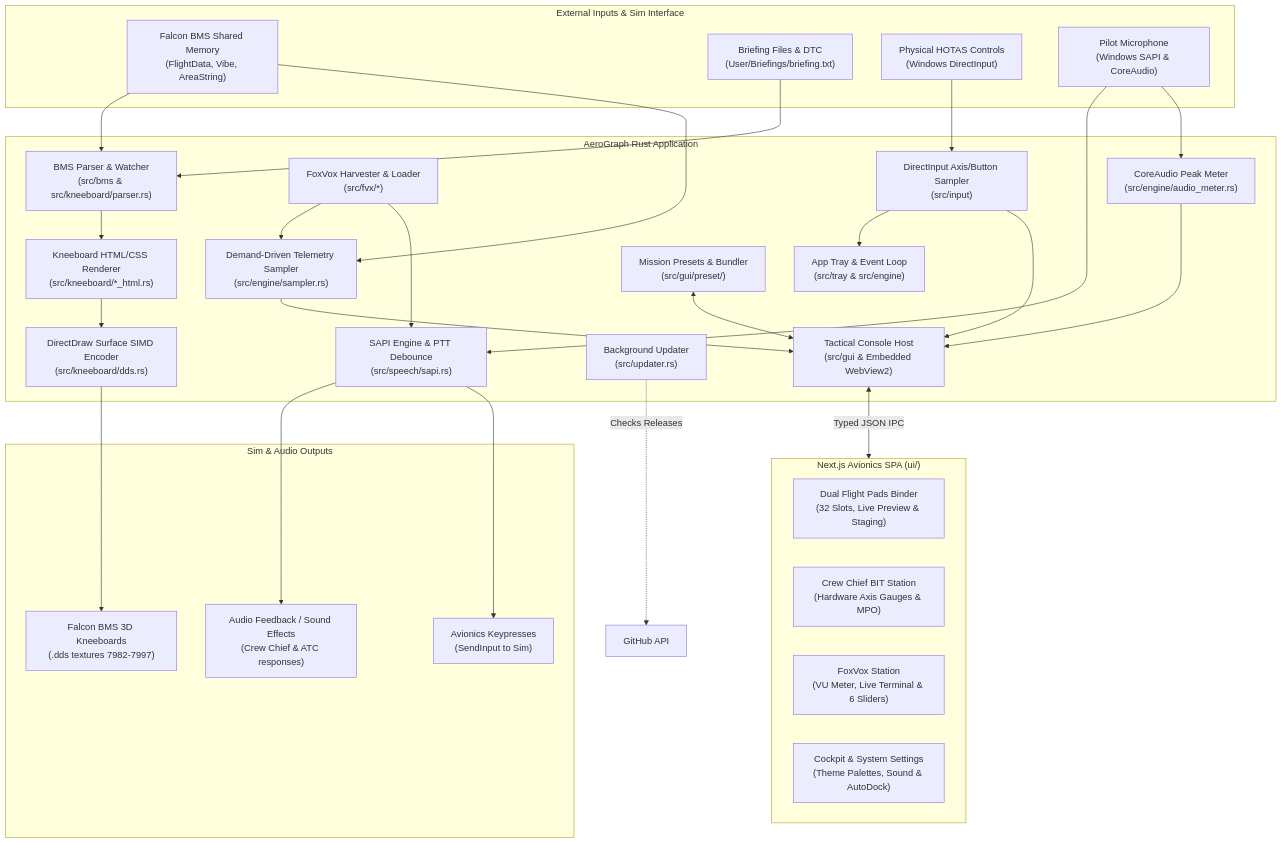
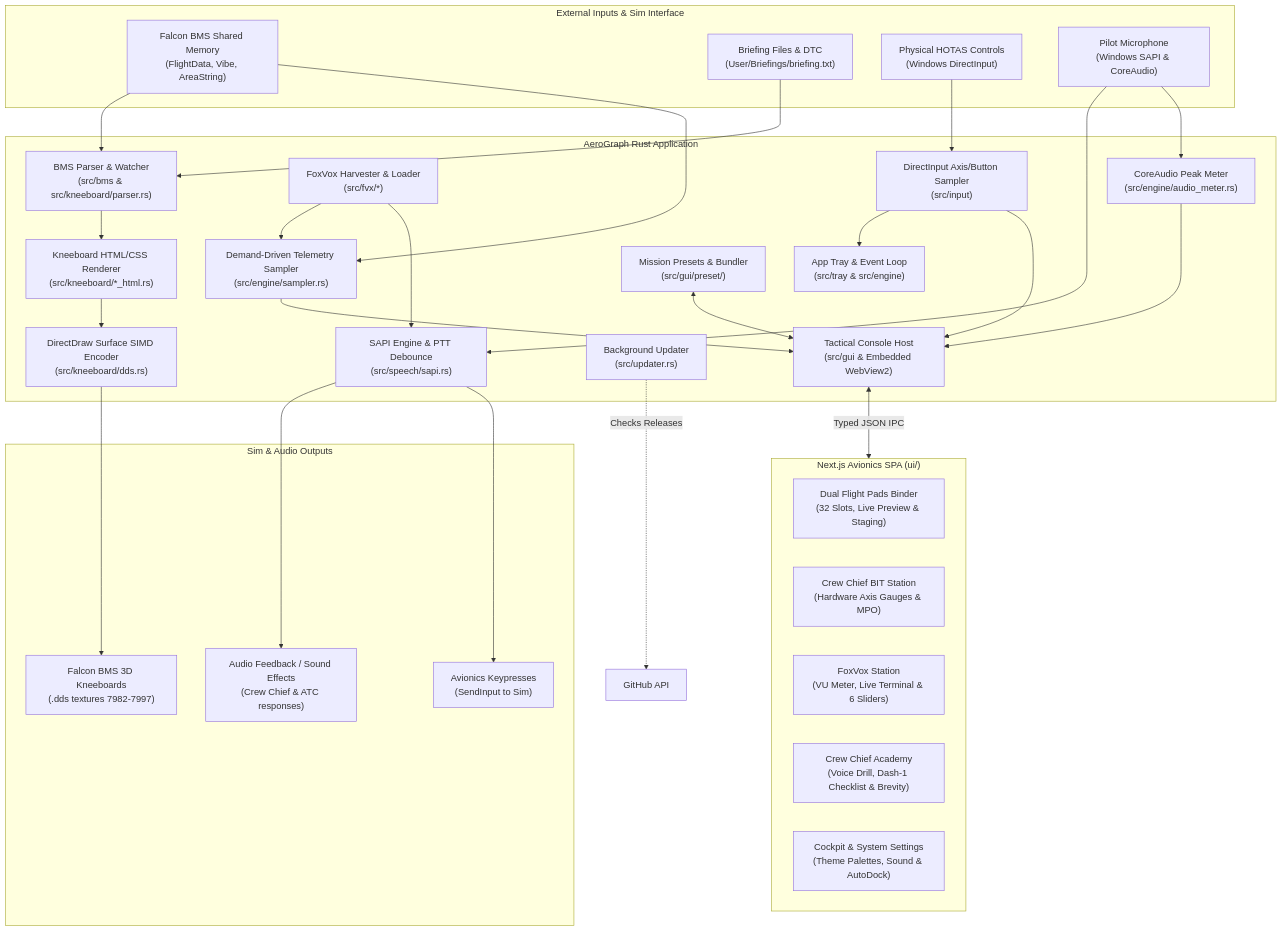
One commit to yagiziskirik/AeroGraph changed the diagram in docs/ARCHITECTURE.md. Above: the diagram before and after it, drawn with Mermaid. The commit also changed other lines of this file and 7 other files, not shown here.

Commit message:
docs: document Crew Chief Academy modules, architecture subsystem, and interactive training cues

````diff
--- a/docs/ARCHITECTURE.md
+++ b/docs/ARCHITECTURE.md
@@ -19,61 +19,62 @@
 ```mermaid
 flowchart TD
     subgraph SimAndHardware["External Inputs & Sim Interface"]
         SM["Falcon BMS Shared Memory<br/>(FlightData, Vibe, AreaString)"]
         BF["Briefing Files & DTC<br/>(User/Briefings/briefing.txt)"]
         DI["Physical HOTAS Controls<br/>(Windows DirectInput)"]
         MIC["Pilot Microphone<br/>(Windows SAPI & CoreAudio)"]
     end
 
     subgraph AeroGraphCore["AeroGraph Rust Application"]
         TR["App Tray & Event Loop<br/>(src/tray & src/engine)"]
         BP["BMS Parser & Watcher<br/>(src/bms & src/kneeboard/parser.rs)"]
         SMP["Demand-Driven Telemetry Sampler<br/>(src/engine/sampler.rs)"]
         KR["Kneeboard HTML/CSS Renderer<br/>(src/kneeboard/*_html.rs)"]
         DDS["DirectDraw Surface SIMD Encoder<br/>(src/kneeboard/dds.rs)"]
         SP["SAPI Engine & PTT Debounce<br/>(src/speech/sapi.rs)"]
         FVX["FoxVox Harvester & Loader<br/>(src/fvx/*)"]
         AM["CoreAudio Peak Meter<br/>(src/engine/audio_meter.rs)"]
         INP["DirectInput Axis/Button Sampler<br/>(src/input)"]
         PRS["Mission Presets & Bundler<br/>(src/gui/preset/)"]
         UP["Background Updater<br/>(src/updater.rs)"]
         GUI["Tactical Console Host<br/>(src/gui & Embedded WebView2)"]
     end
 
     subgraph FrontendSPA["Next.js Avionics SPA (ui/)"]
         BINDER["Dual Flight Pads Binder<br/>(32 Slots, Live Preview & Staging)"]
         BIT["Crew Chief BIT Station<br/>(Hardware Axis Gauges & MPO)"]
         COMMS["FoxVox Station<br/>(VU Meter, Live Terminal & 6 Sliders)"]
+        ACADEMY["Crew Chief Academy<br/>(Voice Drill, Dash-1 Checklist & Brevity)"]
         SYS["Cockpit & System Settings<br/>(Theme Palettes, Sound & AutoDock)"]
     end
 
     subgraph Outputs["Sim & Audio Outputs"]
         TEX["Falcon BMS 3D Kneeboards<br/>(.dds textures 7982-7997)"]
         SND["Audio Feedback / Sound Effects<br/>(Crew Chief & ATC responses)"]
         SIM_CMD["Avionics Keypresses<br/>(SendInput to Sim)"]
     end
 
     SM --> BP
     SM --> SMP
     SMP --> GUI
     BF --> BP
     BP --> KR
     KR --> DDS
     DDS --> TEX
 
     MIC --> SP
     MIC --> AM
     AM --> GUI
     SP --> SND
     SP --> SIM_CMD
     FVX --> SMP
     FVX --> SP
 
     DI --> INP
     INP --> TR
     INP --> GUI
 
     GUI <-->|Typed JSON IPC| FrontendSPA
     PRS <--> GUI
     UP -.->|Checks Releases| GH["GitHub API"]
 ```
````
